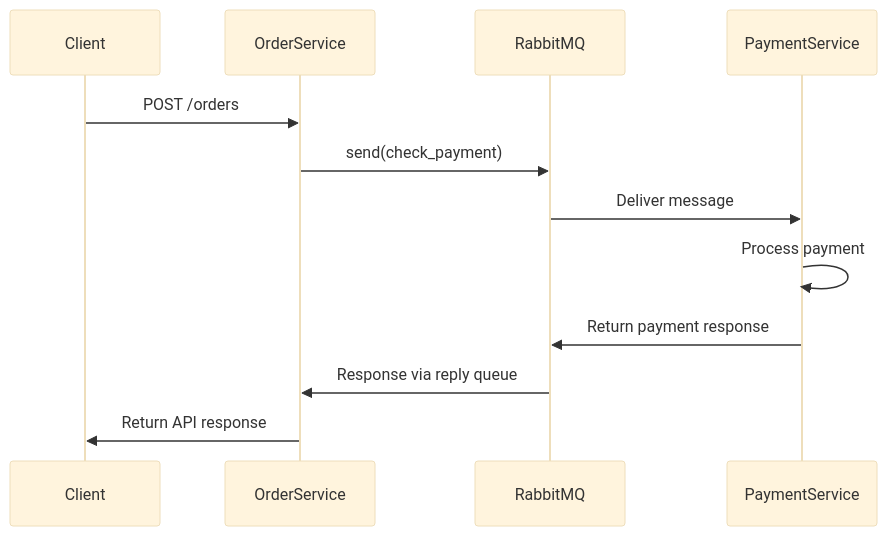
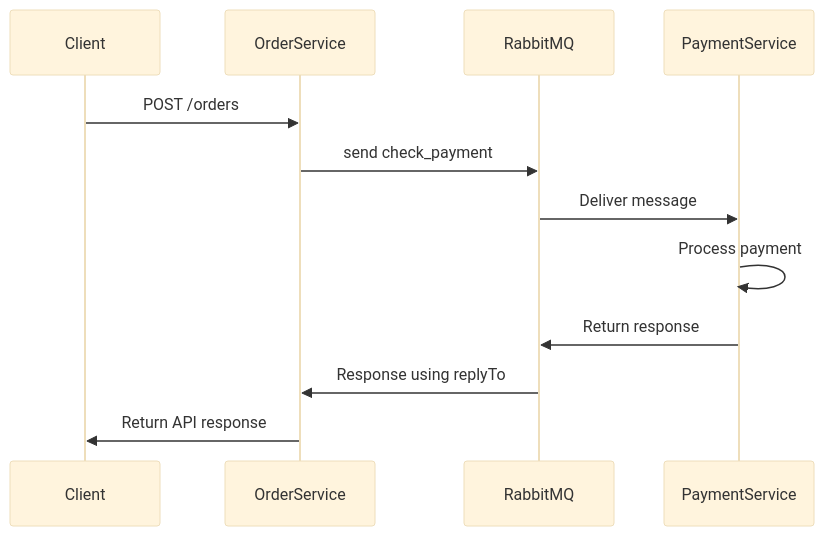
Before and after one commit to Rumman90/nestjs-rabbitmq-rpc-example: the second of 2 diagrams in README.md, drawn with Mermaid (base theme). The commit also changed other lines of this file, not shown here.

````diff
--- a/README.md
+++ b/README.md
@@ -64,22 +64,22 @@
 ```mermaid
 sequenceDiagram
 
     participant Client
     participant OrderService
     participant RabbitMQ
     participant PaymentService
 
     Client->>OrderService: POST /orders
 
-    OrderService->>RabbitMQ: send(check_payment)
+    OrderService->>RabbitMQ: send check_payment
 
     RabbitMQ->>PaymentService: Deliver message
 
     PaymentService->>PaymentService: Process payment
 
-    PaymentService->>RabbitMQ: Return payment response
+    PaymentService->>RabbitMQ: Return response
 
-    RabbitMQ->>OrderService: Response via reply queue
+    RabbitMQ->>OrderService: Response using replyTo
 
     OrderService->>Client: Return API response
 ```
````
